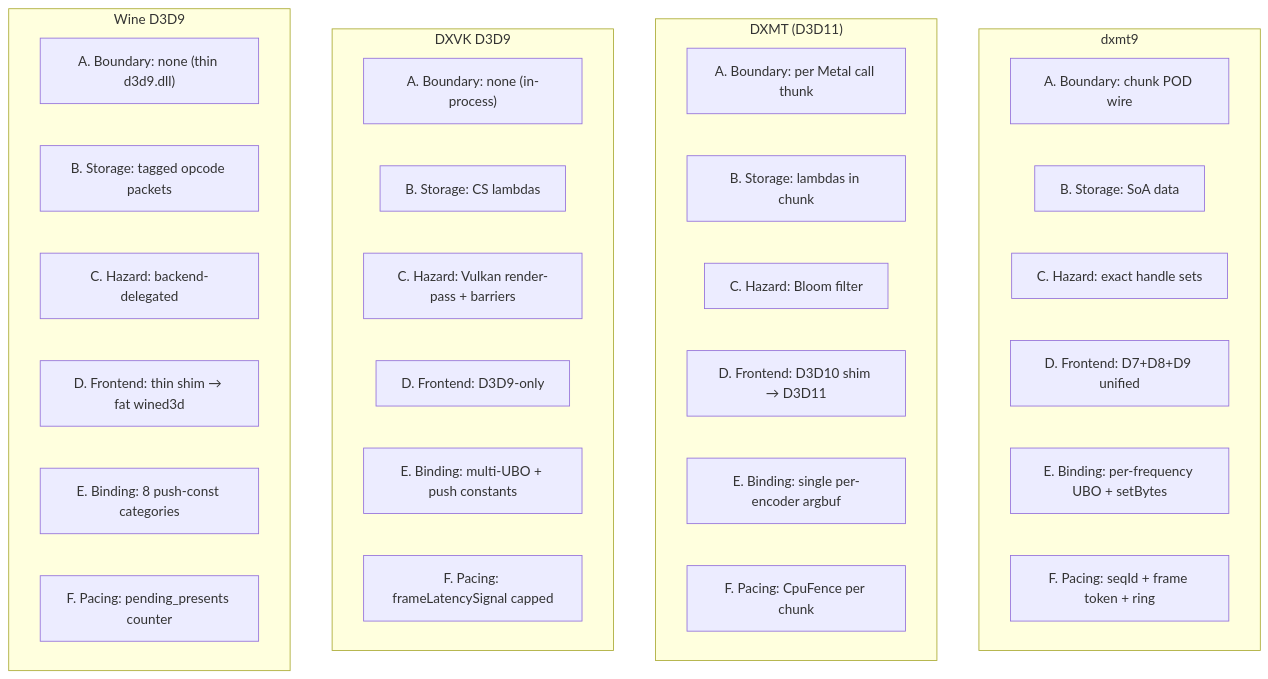
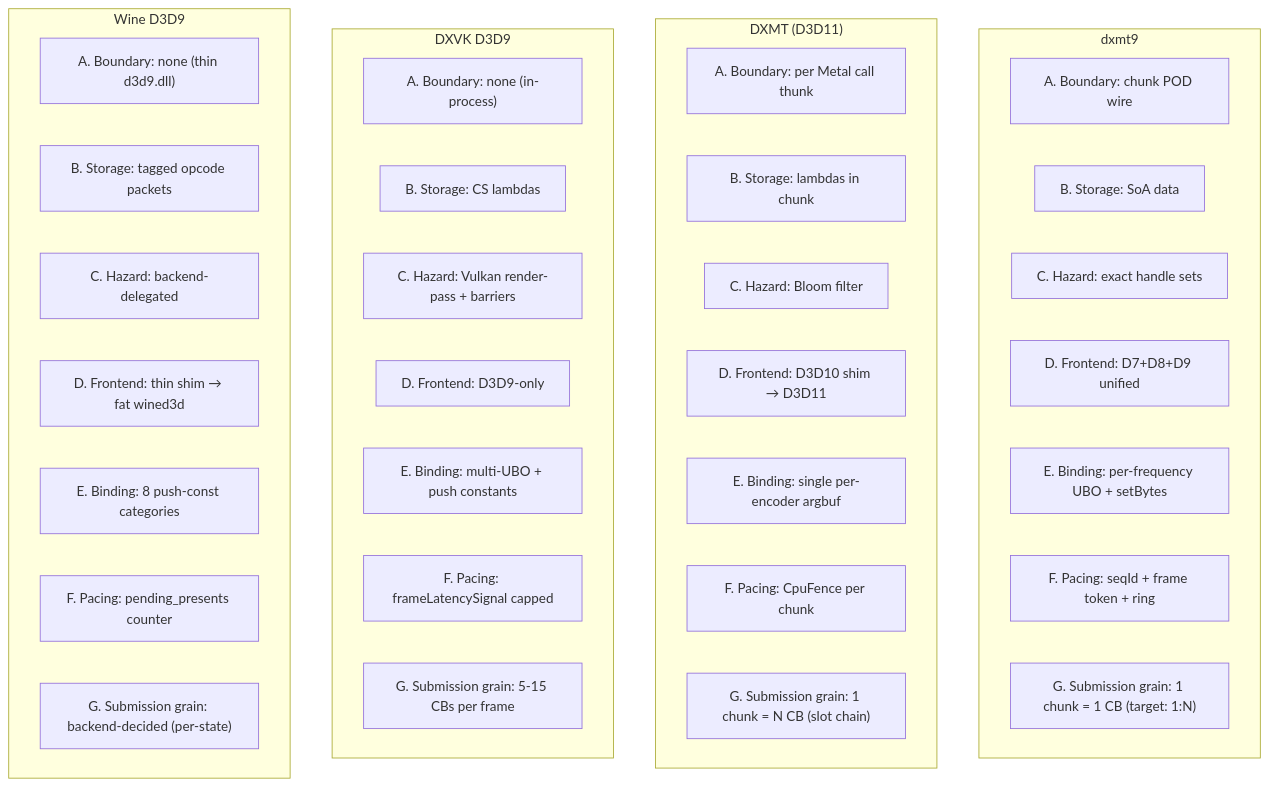
The first of 8 diagrams in docs/architecture-comparison.md (dfdgsdfg/dxmt9), drawn with Mermaid before and after one commit. The commit also changed other lines of this file and 8 other files, not shown here.

````diff
--- a/docs/architecture-comparison.md
+++ b/docs/architecture-comparison.md
@@ -27,35 +27,39 @@
 ```mermaid
 flowchart TB
     subgraph dxmt9["dxmt9"]
         d_a["A. Boundary: chunk POD wire"]
         d_b["B. Storage: SoA data"]
         d_c["C. Hazard: exact handle sets"]
         d_d["D. Frontend: D7+D8+D9 unified"]
         d_e["E. Binding: per-frequency UBO + setBytes"]
         d_f["F. Pacing: seqId + frame token + ring"]
+        d_g["G. Submission grain: 1 chunk = 1 CB (target: 1:N)"]
     end
     subgraph DXMT["DXMT (D3D11)"]
         x_a["A. Boundary: per Metal call thunk"]
         x_b["B. Storage: lambdas in chunk"]
         x_c["C. Hazard: Bloom filter"]
         x_d["D. Frontend: D3D10 shim → D3D11"]
         x_e["E. Binding: single per-encoder argbuf"]
         x_f["F. Pacing: CpuFence per chunk"]
+        x_g["G. Submission grain: 1 chunk = N CB (slot chain)"]
     end
     subgraph DXVK["DXVK D3D9"]
         v_a["A. Boundary: none (in-process)"]
         v_b["B. Storage: CS lambdas"]
         v_c["C. Hazard: Vulkan render-pass + barriers"]
         v_d["D. Frontend: D3D9-only"]
         v_e["E. Binding: multi-UBO + push constants"]
         v_f["F. Pacing: frameLatencySignal capped"]
+        v_g["G. Submission grain: 5-15 CBs per frame"]
     end
     subgraph Wine["Wine D3D9"]
         w_a["A. Boundary: none (thin d3d9.dll)"]
         w_b["B. Storage: tagged opcode packets"]
         w_c["C. Hazard: backend-delegated"]
         w_d["D. Frontend: thin shim → fat wined3d"]
         w_e["E. Binding: 8 push-const categories"]
         w_f["F. Pacing: pending_presents counter"]
+        w_g["G. Submission grain: backend-decided (per-state)"]
     end
 ```
````
